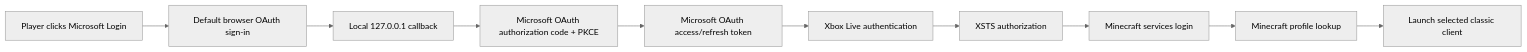
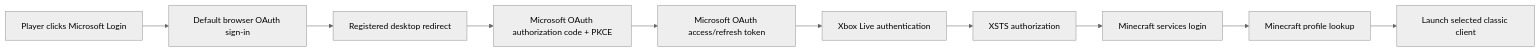
The first of 2 diagrams in docs/AUTH_FLOW.md (VinceGuyMan/MCLauncherRevival), drawn with Mermaid (neutral theme) before and after one commit. The commit also changed other lines of this file and 4 other files, not shown here.

Commit message:
Fix default Microsoft redirect flow

````diff
--- a/docs/AUTH_FLOW.md
+++ b/docs/AUTH_FLOW.md
@@ -7,23 +7,23 @@
 ```mermaid
 flowchart LR
     User["Player clicks Microsoft Login"]
     Browser["Default browser OAuth sign-in"]
-    Local["Local 127.0.0.1 callback"]
+    Redirect["Registered desktop redirect"]
     MS["Microsoft OAuth authorization code + PKCE"]
     MSToken["Microsoft OAuth access/refresh token"]
     XBL["Xbox Live authentication"]
     XSTS["XSTS authorization"]
     MC["Minecraft services login"]
     Profile["Minecraft profile lookup"]
     Launch["Launch selected classic client"]
 
     User --> Browser
-    Browser --> Local
-    Local --> MS
+    Browser --> Redirect
+    Redirect --> MS
     MS --> MSToken
     MSToken --> XBL
     XBL --> XSTS
     XSTS --> MC
     MC --> Profile
     Profile --> Launch
 ```
````
